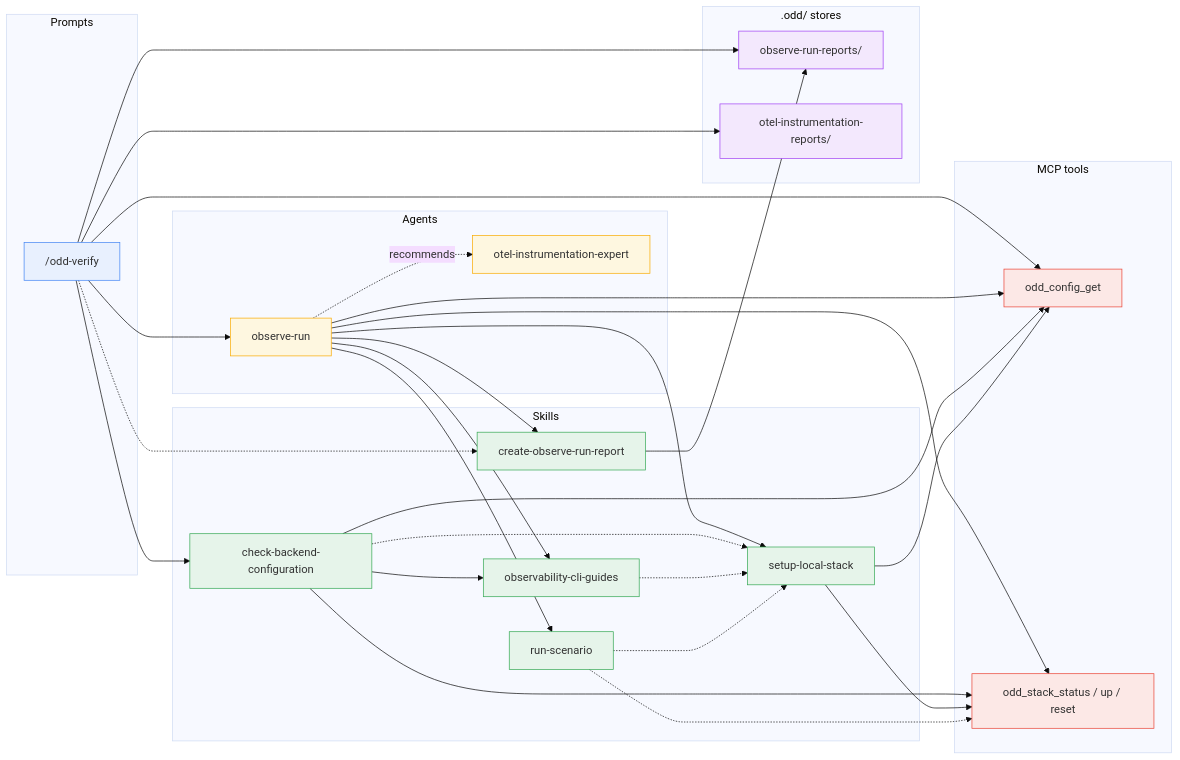
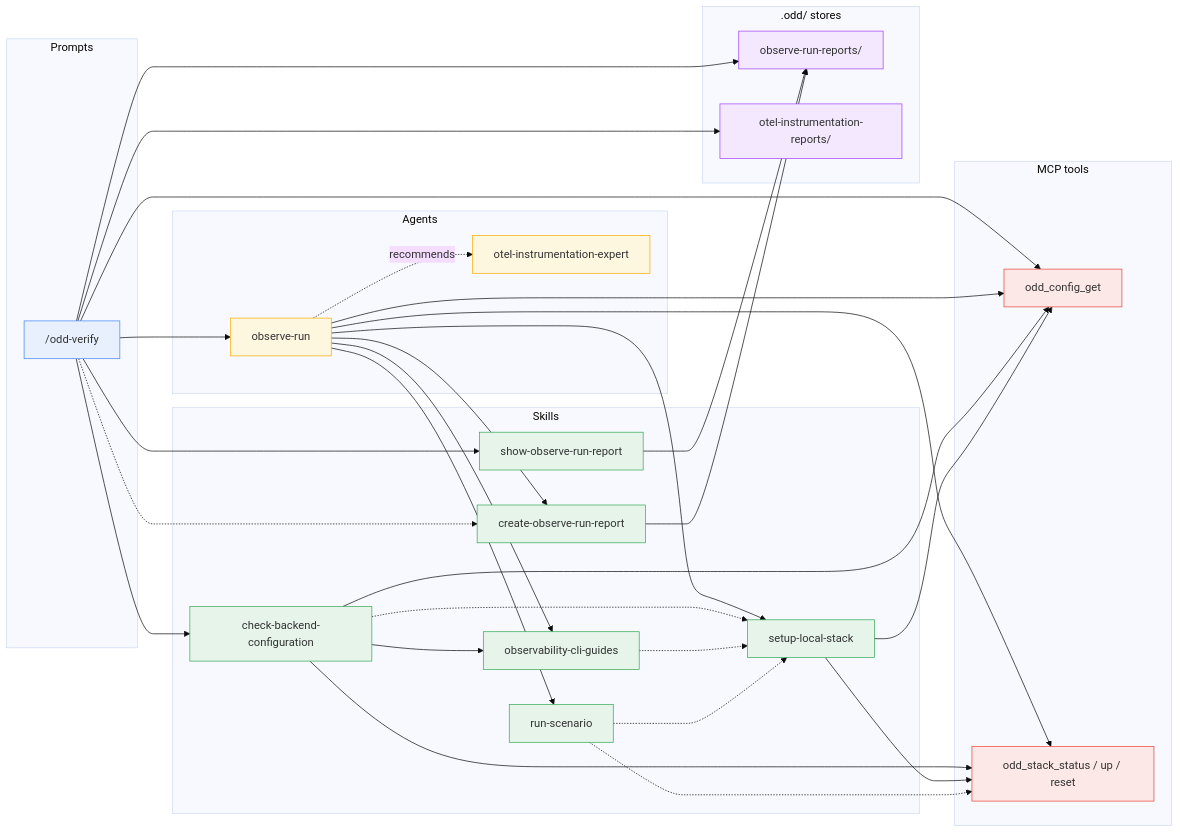
Before and after one commit to using-system/oddyssey: the third of 6 diagrams in docs/guide/dependencies.md, drawn with Mermaid (base theme). The commit also changed other lines of this file and 7 other files, not shown here.

Commit message:
feat(skill): show-report skills close the missions with a synthesis (#165)

````diff
--- a/docs/guide/dependencies.md
+++ b/docs/guide/dependencies.md
@@ -167,67 +179,70 @@
 ```mermaid
 flowchart LR
   subgraph Prompts
     verify["/odd-verify"]
   end
 
   subgraph Agents
     runner[observe-run]
     expert[otel-instrumentation-expert]
   end
 
   subgraph Skills
     cbc[check-backend-configuration]
     ocg[observability-cli-guides]
     sls[setup-local-stack]
     rs[run-scenario]
     corr[create-observe-run-report]
+    sorr[show-observe-run-report]
   end
 
   subgraph MCP["MCP tools"]
     cfgget[odd_config_get]
     stack[odd_stack_status / up / reset]
   end
 
   subgraph Stores[".odd/ stores"]
     obsdir[observe-run-reports/]
     insdir[otel-instrumentation-reports/]
   end
 
   verify --> runner
   verify --> cbc
+  verify --> sorr
   verify --> cfgget
   verify -.-> corr
   verify --> obsdir
   verify --> insdir
+  sorr --> obsdir
 
   runner --> ocg
   runner --> sls
   runner --> rs
   runner --> corr
   runner --> cfgget
   runner --> stack
   runner -. recommends .-> expert
 
   cbc -.-> sls
   cbc --> ocg
   cbc --> cfgget
   cbc --> stack
   ocg -.-> sls
   sls --> cfgget
   sls --> stack
   rs -.-> stack
   rs -.-> sls
 
   corr --> obsdir
 
   classDef prompt fill:#e8f0fe,stroke:#4285f4
   classDef agent fill:#fef7e0,stroke:#f9ab00
   classDef skill fill:#e6f4ea,stroke:#34a853
   classDef mcp fill:#fce8e6,stroke:#ea4335
   classDef store fill:#f3e8fd,stroke:#a142f4
   class verify prompt
   class runner,expert agent
-  class cbc,ocg,sls,rs,corr skill
+  class cbc,ocg,sls,rs,corr,sorr skill
   class cfgget,stack mcp
   class obsdir,insdir store
 ```
````
